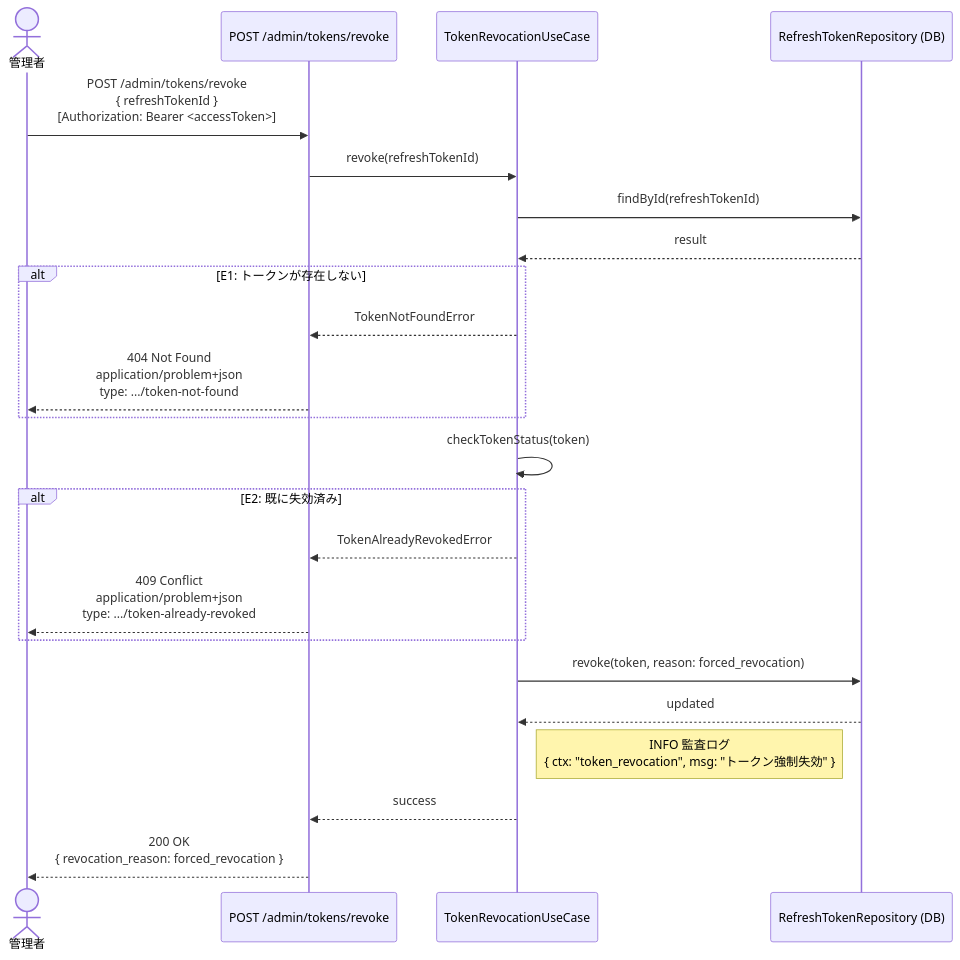
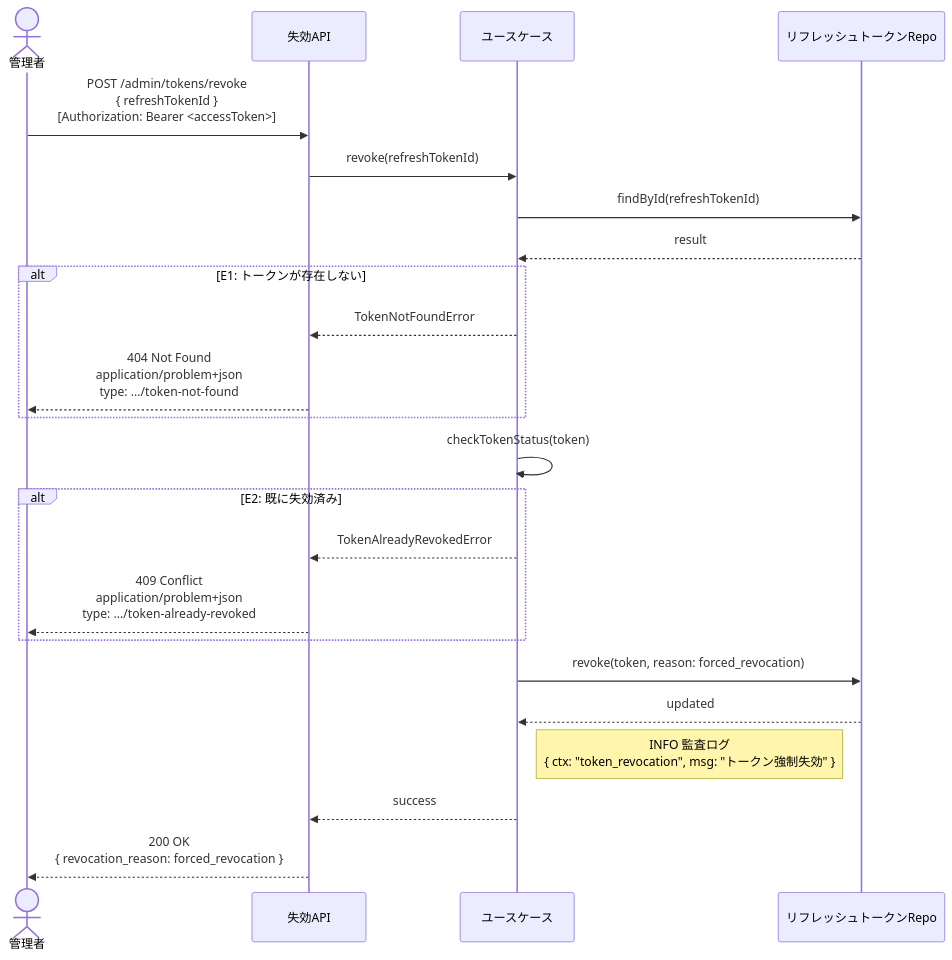
Before and after one commit to suunet/POC_HYDRA_AUTH: the second of 2 diagrams in .docs/design/buc/BUC-A03.md, drawn with Mermaid. The commit also changed 15 other files, not shown here.

````diff
--- a/.docs/design/buc/BUC-A03.md
+++ b/.docs/design/buc/BUC-A03.md
@@ -87,25 +87,25 @@
 ```mermaid
 sequenceDiagram
-  actor 管理者 as 管理者
-  participant 失効API as POST /admin/tokens/revoke
-  participant ユースケース as TokenRevocationUseCase
-  participant リフレッシュトークンRepo as RefreshTokenRepository (DB)
-  管理者->>失効API: POST /admin/tokens/revoke<br/>{ refreshTokenId }<br/>[Authorization: Bearer <accessToken>]
-  失効API->>ユースケース: revoke(refreshTokenId)
-  ユースケース->>リフレッシュトークンRepo: findById(refreshTokenId)
-  リフレッシュトークンRepo-->>ユースケース: result
+  actor Admin as 管理者
+  participant RevokeAPI as 失効API
+  participant UseCase as ユースケース
+  participant RefreshRepo as リフレッシュトークンRepo
+  Admin->>RevokeAPI: POST /admin/tokens/revoke<br/>{ refreshTokenId }<br/>[Authorization: Bearer <accessToken>]
+  RevokeAPI->>UseCase: revoke(refreshTokenId)
+  UseCase->>RefreshRepo: findById(refreshTokenId)
+  RefreshRepo-->>UseCase: result
   alt E1: トークンが存在しない
-  ユースケース-->>失効API: TokenNotFoundError
-  失効API-->>管理者: 404 Not Found<br/>application/problem+json<br/>type: .../token-not-found
+  UseCase-->>RevokeAPI: TokenNotFoundError
+  RevokeAPI-->>Admin: 404 Not Found<br/>application/problem+json<br/>type: .../token-not-found
   end
-  ユースケース->>ユースケース: checkTokenStatus(token)
+  UseCase->>UseCase: checkTokenStatus(token)
   alt E2: 既に失効済み
-  ユースケース-->>失効API: TokenAlreadyRevokedError
-  失効API-->>管理者: 409 Conflict<br/>application/problem+json<br/>type: .../token-already-revoked
+  UseCase-->>RevokeAPI: TokenAlreadyRevokedError
+  RevokeAPI-->>Admin: 409 Conflict<br/>application/problem+json<br/>type: .../token-already-revoked
   end
-  ユースケース->>リフレッシュトークンRepo: revoke(token, reason: forced_revocation)
-  リフレッシュトークンRepo-->>ユースケース: updated
-  Note right of ユースケース: INFO 監査ログ<br/>{ ctx: "token_revocation", msg: "トークン強制失効" }
-  ユースケース-->>失効API: success
-  失効API-->>管理者: 200 OK<br/>{ revocation_reason: forced_revocation }
+  UseCase->>RefreshRepo: revoke(token, reason: forced_revocation)
+  RefreshRepo-->>UseCase: updated
+  Note right of UseCase: INFO 監査ログ<br/>{ ctx: "token_revocation", msg: "トークン強制失効" }
+  UseCase-->>RevokeAPI: success
+  RevokeAPI-->>Admin: 200 OK<br/>{ revocation_reason: forced_revocation }
 ```
````
